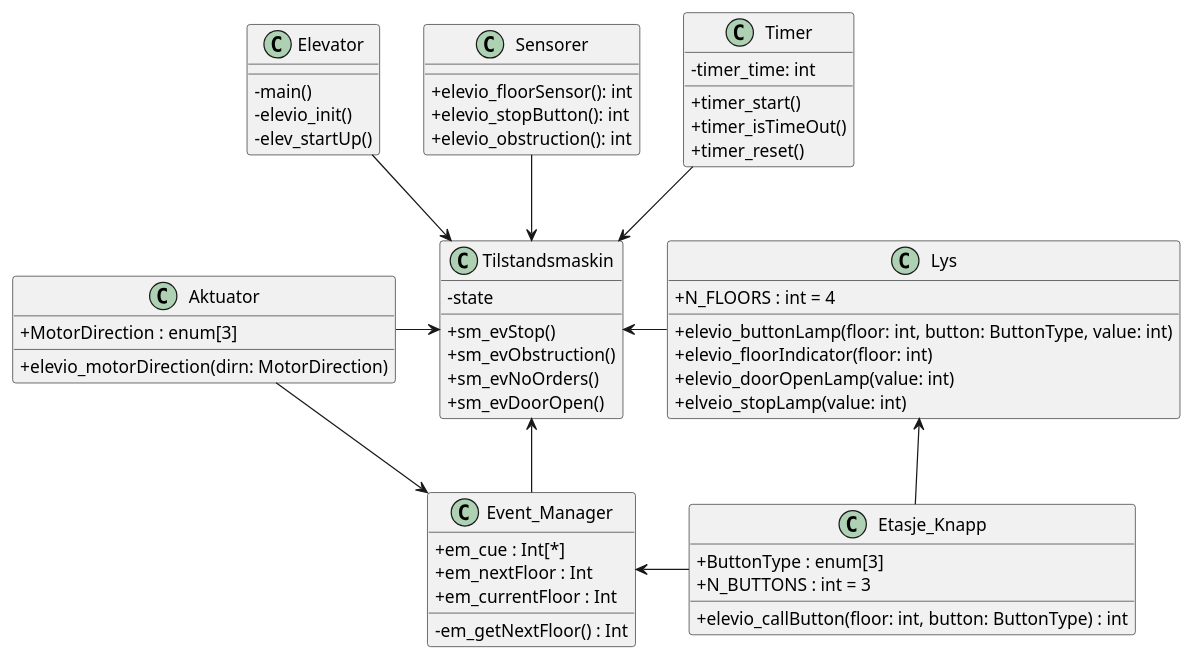
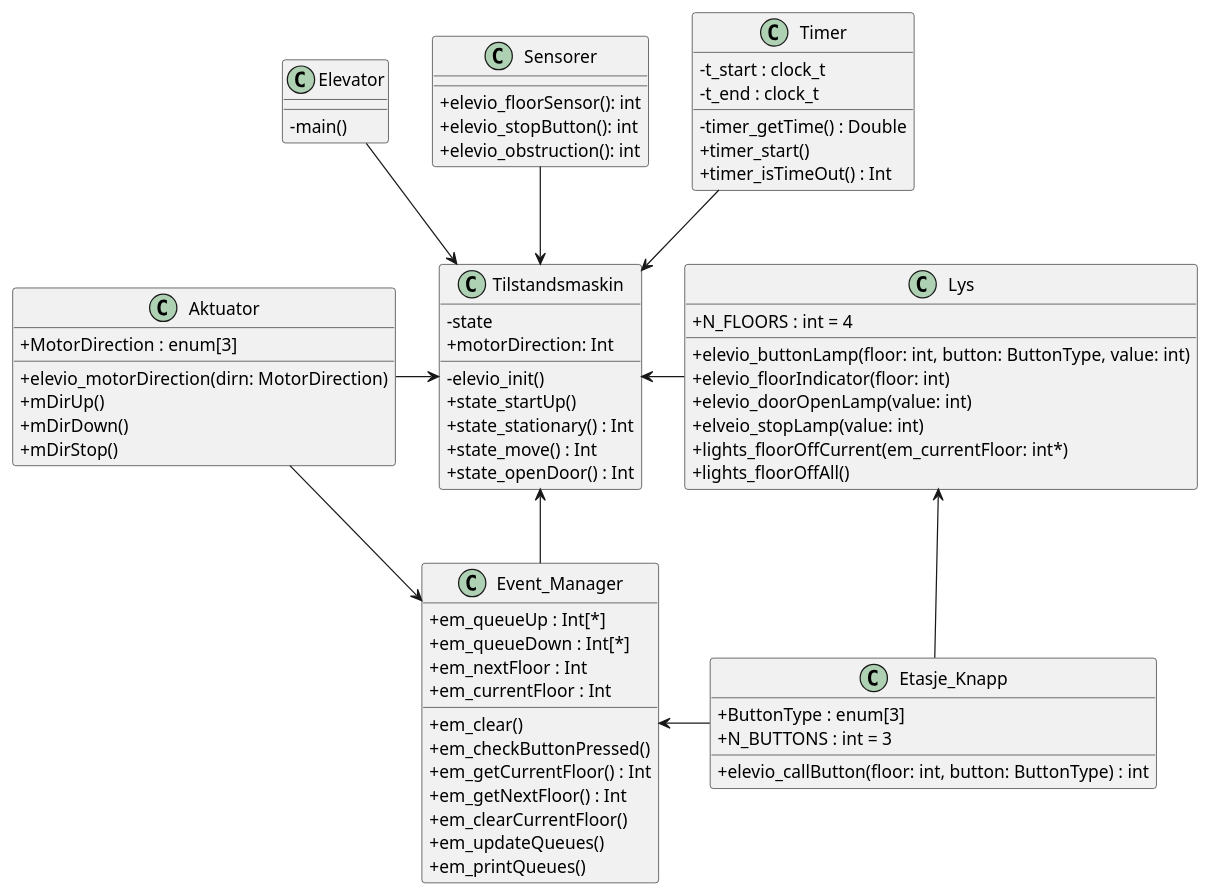
One commit to Smevold/TTK4235 changed the diagram in Heislab/TTK4235_Heislab/Diagram/UML_Diagram/Klassediagram.puml. Above: the diagram before and after it, drawn with PlantUML. The commit also changed 1 other file, not shown here.

Commit message:
Oppdatert Klassediagram

```diff
--- a/Heislab/TTK4235_Heislab/Diagram/UML_Diagram/Klassediagram.puml
+++ b/Heislab/TTK4235_Heislab/Diagram/UML_Diagram/Klassediagram.puml
@@ -1,72 +1,85 @@
 @startuml Klassediagram
 
 skinparam ClassAttributeIconSize 0
 
 class Event_Manager {
-    + em_cue : Int[*]
+    + em_queueUp : Int[*]
+    + em_queueDown : Int[*]
     + em_nextFloor : Int
     + em_currentFloor : Int
-    - em_getNextFloor() : Int
+    + em_clear()
+    + em_checkButtonPressed()
+    + em_getCurrentFloor() : Int
+    + em_getNextFloor() : Int
+    + em_clearCurrentFloor()
+    + em_updateQueues()
+    + em_printQueues()
 }
 
 class Tilstandsmaskin {
     - state
-    + sm_evStop()
-    + sm_evObstruction()
-    + sm_evNoOrders()
-    + sm_evDoorOpen()
+    - elevio_init()
+    + motorDirection: Int
+    + state_startUp()
+    + state_stationary() : Int
+    + state_move() : Int
+    + state_openDoor() : Int
 }
 
 class Aktuator {
     + MotorDirection : enum[3]
     + elevio_motorDirection(dirn: MotorDirection)
+    + mDirUp()
+    + mDirDown()
+    + mDirStop()
 }
 
 class Elevator{
     - main()
-    - elevio_init()
-    - elev_startUp()
 }
 
 class Sensorer{
     + elevio_floorSensor(): int
     + elevio_stopButton(): int
     + elevio_obstruction(): int
 }
 
 class Timer{
-    - timer_time: int
+    - t_start : clock_t
+    - t_end : clock_t
+    - timer_getTime() : Double
     + timer_start()
-    + timer_isTimeOut()
-    + timer_reset()
+    + timer_isTimeOut() : Int
 }
 
 class Lys{
     + N_FLOORS : int = 4
     + elevio_buttonLamp(floor: int, button: ButtonType, value: int)
     + elevio_floorIndicator(floor: int)
     + elevio_doorOpenLamp(value: int)
     + elveio_stopLamp(value: int)
+    + lights_floorOffCurrent(em_currentFloor: int*)
+    + lights_floorOffAll()
 }
 
 class Etasje_Knapp{
     + ButtonType : enum[3]
     + N_BUTTONS : int = 3
     + elevio_callButton(floor: int, button: ButtonType) : int
 }
 
 Tilstandsmaskin <-- Event_Manager 
 
 Aktuator -> Tilstandsmaskin
 Aktuator --> Event_Manager
 
 Tilstandsmaskin <- Lys
 
 Event_Manager <- Etasje_Knapp
 Lys <-- Etasje_Knapp
 
 Timer --> Tilstandsmaskin
 Sensorer --> Tilstandsmaskin
 Elevator --> Tilstandsmaskin
 
 @enduml
```
